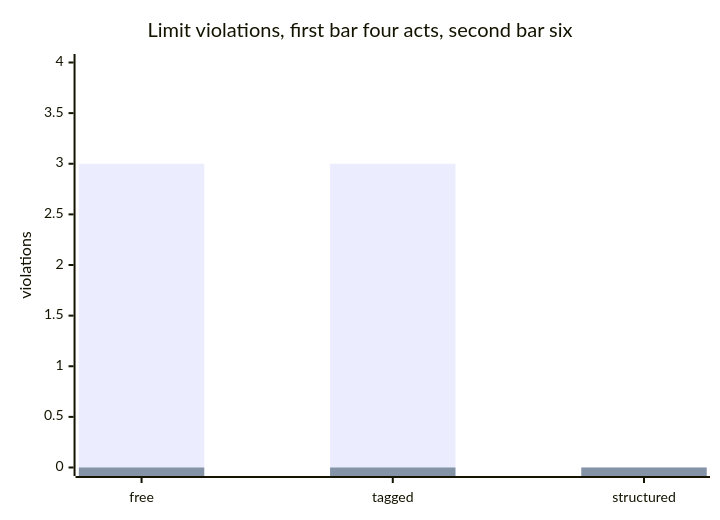
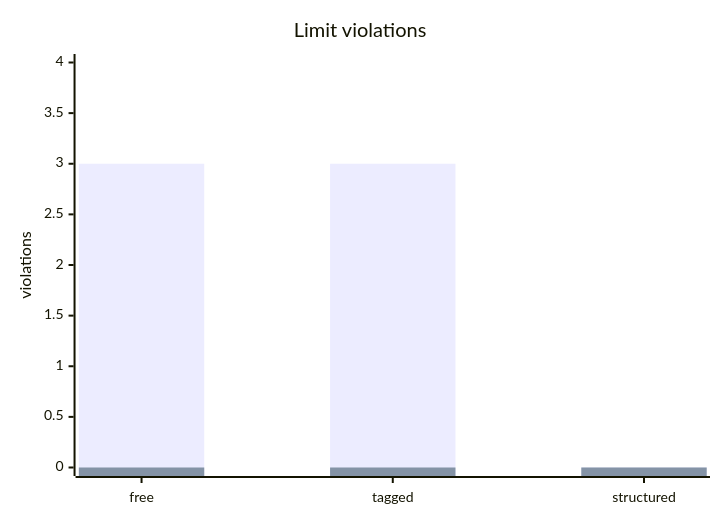
Before and after one commit to Q00/ai-agent-engineering-101: the second of 5 diagrams in submissions/26510126/week-04/REPORT.md, drawn with Mermaid. The commit also changed other lines of this file, not shown here.

First line of the commit message:
docs(week-04): name the chart series now that the renderer has legends

````diff
--- a/submissions/26510126/week-04/REPORT.md
+++ b/submissions/26510126/week-04/REPORT.md
@@ -637,8 +637,8 @@
 ```mermaid
-xychart-beta
-    title "Limit violations, first bar four acts, second bar six"
+xychart
+    title "Limit violations"
     x-axis [free, tagged, structured]
     y-axis "violations" 0 --> 4
-    bar [3, 3, 0]
-    bar [0, 0, 0]
+    bar "four acts" [3, 3, 0]
+    bar "six acts" [0, 0, 0]
 ```
````
